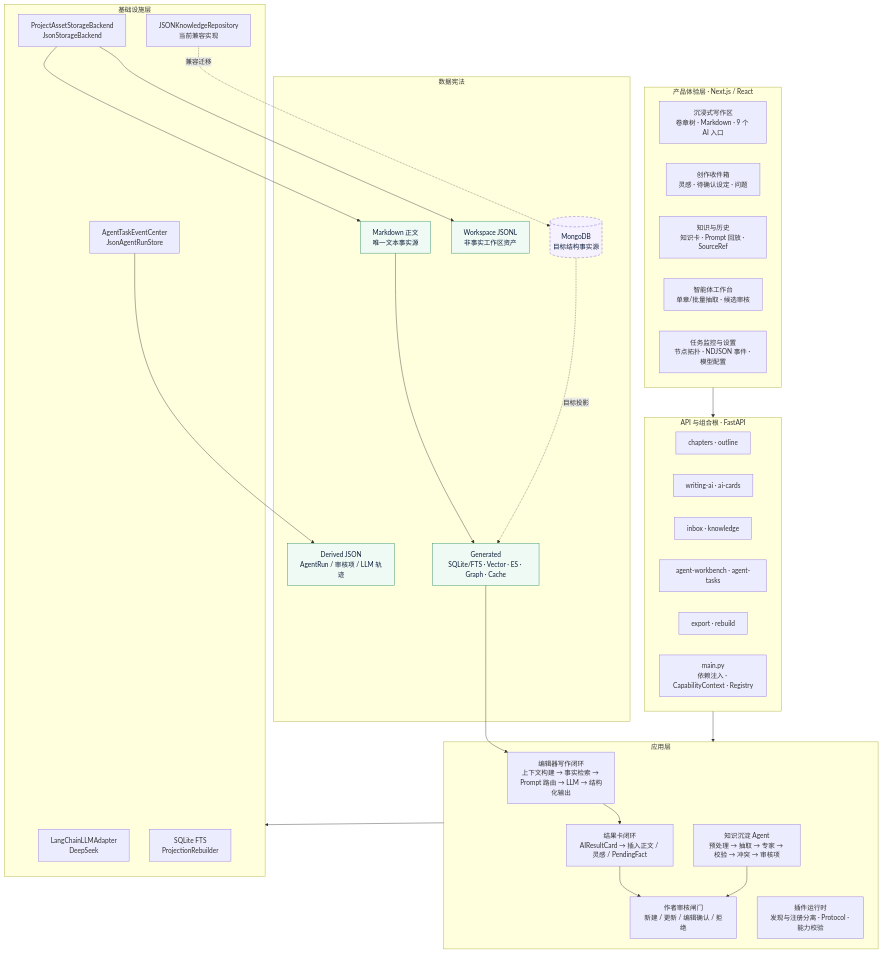
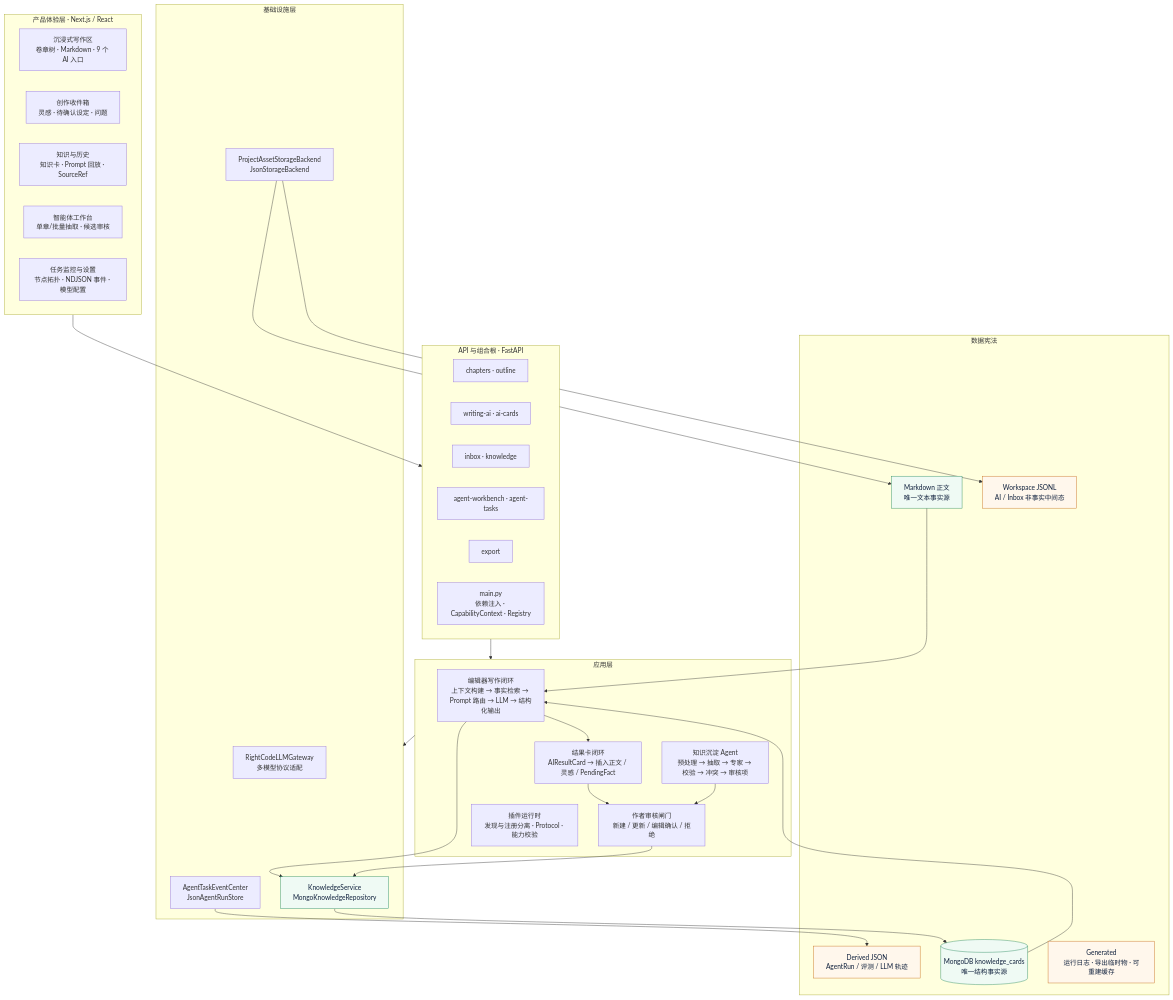
Before and after one commit to qingluo201816/taichu: the diagram in docs/临时架构/太初系统架构总览.mmd, drawn with Mermaid. The commit also changed 533 other files, not shown here.

```diff
--- a/docs/临时架构/太初系统架构总览.mmd
+++ b/docs/临时架构/太初系统架构总览.mmd
@@ -1,62 +1,62 @@
-%% 更新日期：2026-07-10
-%% 状态：临时架构快照，包含目标演进
+%% 更新日期：2026-07-11
+%% 状态：临时架构快照，MongoDB 事实源已落地，仍包含未来可选能力
 flowchart TB
     subgraph UI[产品体验层 · Next.js / React]
         Editor[沉浸式写作区<br/>卷章树 · Markdown · 9 个 AI 入口]
         Inbox[创作收件箱<br/>灵感 · 待确认设定 · 问题]
         Knowledge[知识与历史<br/>知识卡 · Prompt 回放 · SourceRef]
         Workbench[智能体工作台<br/>单章/批量抽取 · 候选审核]
         Monitor[任务监控与设置<br/>节点拓扑 · NDJSON 事件 · 模型配置]
     end
 
     subgraph API[API 与组合根 · FastAPI]
         ChapterAPI[chapters · outline]
         WritingAPI[writing-ai · ai-cards]
         KnowledgeAPI[inbox · knowledge]
         AgentAPI[agent-workbench · agent-tasks]
-        ExportAPI[export · rebuild]
+        ExportAPI[export]
         Composition[main.py<br/>依赖注入 · CapabilityContext · Registry]
     end
 
     subgraph APP[应用层]
         WritingLoop[编辑器写作闭环<br/>上下文构建 → 事实检索 → Prompt 路由 → LLM → 结构化输出]
         CardLoop[结果卡闭环<br/>AIResultCard → 插入正文 / 灵感 / PendingFact]
         Extraction[知识沉淀 Agent<br/>预处理 → 抽取 → 专家 → 校验 → 冲突 → 审核项]
         AuthorGate[作者审核闸门<br/>新建 / 更新 / 编辑确认 / 拒绝]
         PluginRuntime[插件运行时<br/>发现与注册分离 · Protocol · 能力校验]
     end
 
     subgraph INFRA[基础设施层]
-        LLM[LangChainLLMAdapter<br/>DeepSeek]
+        LLM[RightCodeLLMGateway<br/>多模型协议适配]
         Storage[ProjectAssetStorageBackend<br/>JsonStorageBackend]
-        Retrieval[SQLite FTS<br/>ProjectionRebuilder]
         Events[AgentTaskEventCenter<br/>JsonAgentRunStore]
-        KnowledgeRepo[JSONKnowledgeRepository<br/>当前兼容实现]
+        KnowledgeRepo[KnowledgeService<br/>MongoKnowledgeRepository]
     end
 
     subgraph DATA[数据宪法]
         Markdown[Markdown 正文<br/>唯一文本事实源]
-        Workspace[Workspace JSONL<br/>非事实工作区资产]
-        Derived[Derived JSON<br/>AgentRun / 审核项 / LLM 轨迹]
-        Mongo[(MongoDB<br/>目标结构事实源)]
-        Generated[Generated<br/>SQLite/FTS · Vector · ES · Graph · Cache]
+        Workspace[Workspace JSONL<br/>AI / Inbox 非事实中间态]
+        Derived[Derived JSON<br/>AgentRun / 评测 / LLM 轨迹]
+        Mongo[(MongoDB knowledge_cards<br/>唯一结构事实源)]
+        Generated[Generated<br/>运行日志 · 导出临时物 · 可重建缓存]
     end
 
     UI --> API
     API --> APP
     WritingLoop --> CardLoop
     CardLoop --> AuthorGate
     Extraction --> AuthorGate
+    WritingLoop --> KnowledgeRepo
+    AuthorGate --> KnowledgeRepo
     APP --> INFRA
     Storage --> Markdown
     Storage --> Workspace
     Events --> Derived
-    KnowledgeRepo -.兼容迁移.-> Mongo
-    Markdown --> Generated
-    Mongo -.目标投影.-> Generated
-    Generated --> WritingLoop
+    KnowledgeRepo --> Mongo
+    Markdown --> WritingLoop
+    Mongo --> WritingLoop
 
     classDef current fill:#effaf4,stroke:#21875a,color:#10213d;
-    classDef target fill:#f5f1ff,stroke:#7455c5,color:#10213d,stroke-dasharray:6 4;
-    class Markdown,Workspace,Derived,Generated current;
-    class Mongo target;
+    classDef intermediate fill:#fff7ec,stroke:#c56a13,color:#10213d;
+    class Markdown,Mongo,KnowledgeRepo current;
+    class Workspace,Derived,Generated intermediate;
```
